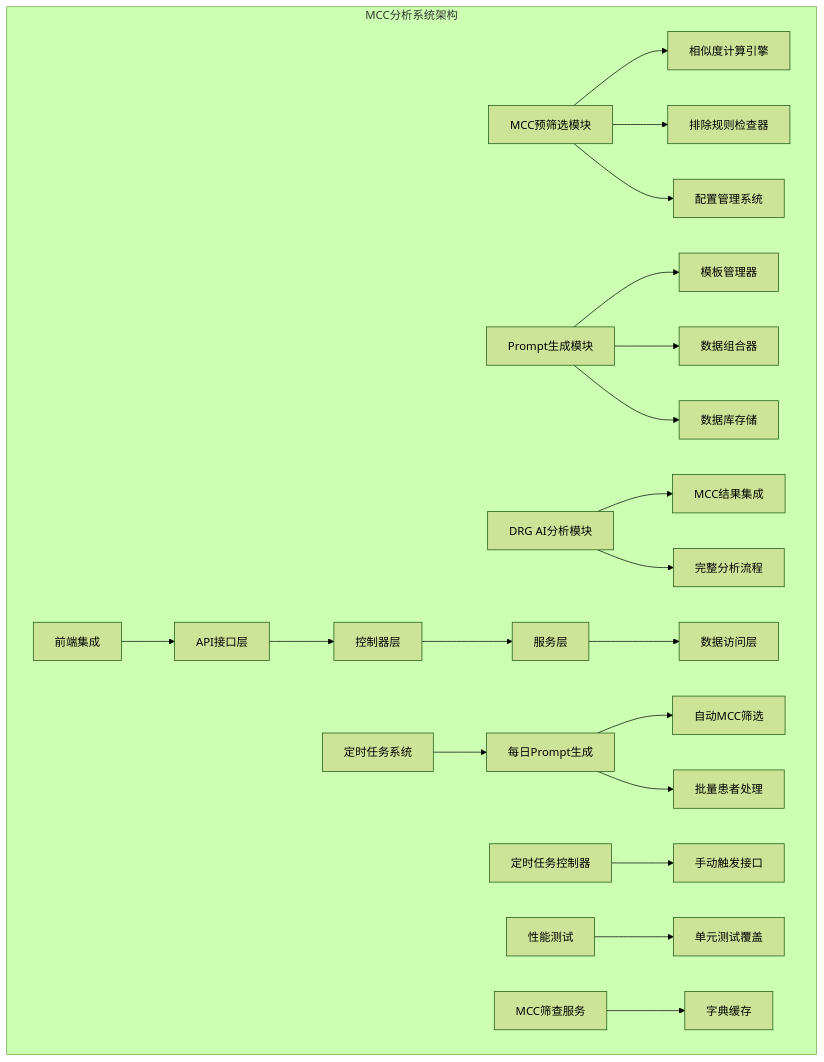
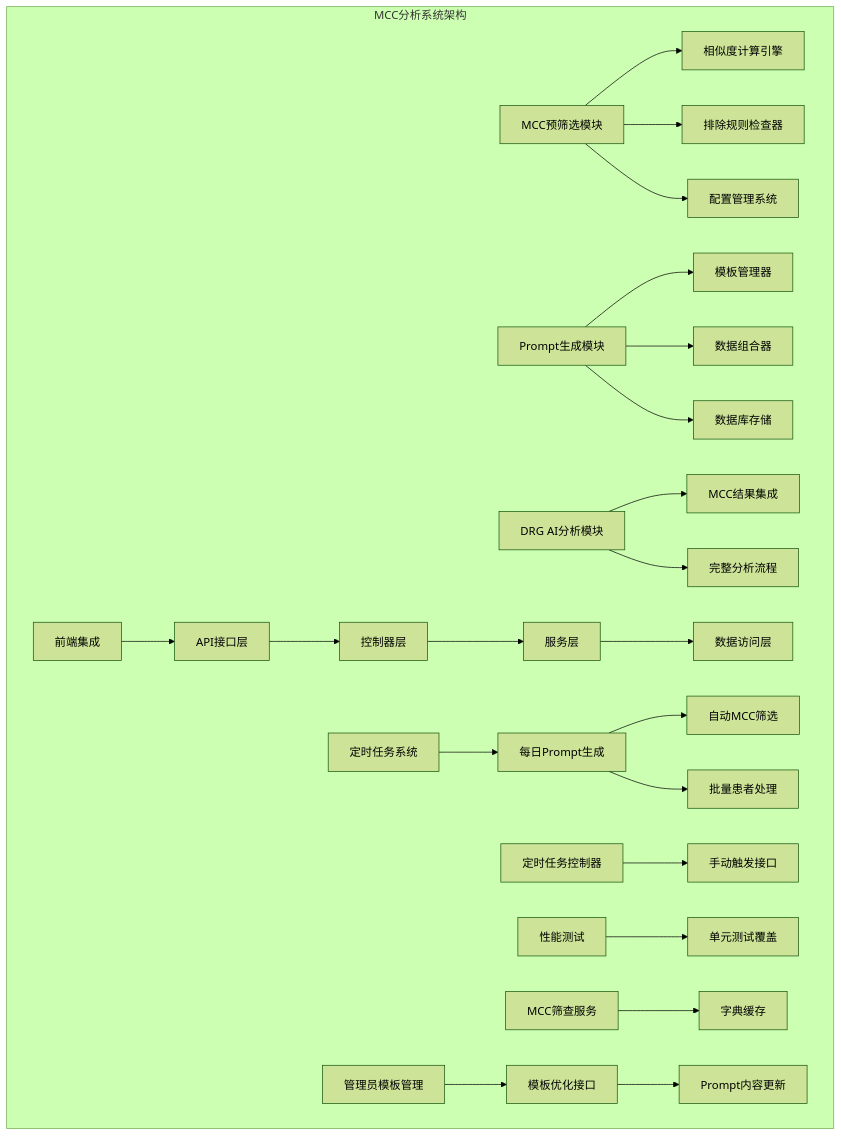
One commit to liuzh2008/med_ai_assistant_workspace changed the first of 10 diagrams in .qoder/repowiki/zh/content/核心功能模块/MCC分析系统.md. Above: the diagram before and after it, drawn with Mermaid (forest theme). The commit also changed other lines of this file and 2 other files, not shown here.

````diff
--- a/.qoder/repowiki/zh/content/核心功能模块/MCC分析系统.md
+++ b/.qoder/repowiki/zh/content/核心功能模块/MCC分析系统.md
@@ -49,23 +53,25 @@
 ```mermaid
 graph TB
 subgraph "MCC分析系统架构"
 A[MCC预筛选模块] --> B[相似度计算引擎]
 A --> C[排除规则检查器]
 A --> D[配置管理系统]
 E[Prompt生成模块] --> F[模板管理器]
 E --> G[数据组合器]
 E --> H[数据库存储]
 I[DRG AI分析模块] --> J[MCC结果集成]
 I --> K[完整分析流程]
 L[前端集成] --> M[API接口层]
 M --> N[控制器层]
 N --> O[服务层]
 O --> P[数据访问层]
 Q[定时任务系统] --> R[每日Prompt生成]
 R --> S[自动MCC筛选]
 R --> T[批量患者处理]
 U[定时任务控制器] --> V[手动触发接口]
 W[性能测试] --> X[单元测试覆盖]
 Y[MCC筛查服务] --> Z[字典缓存]
+AA[管理员模板管理] --> BB[模板优化接口]
+BB --> CC[Prompt内容更新]
 end
 ```
````
